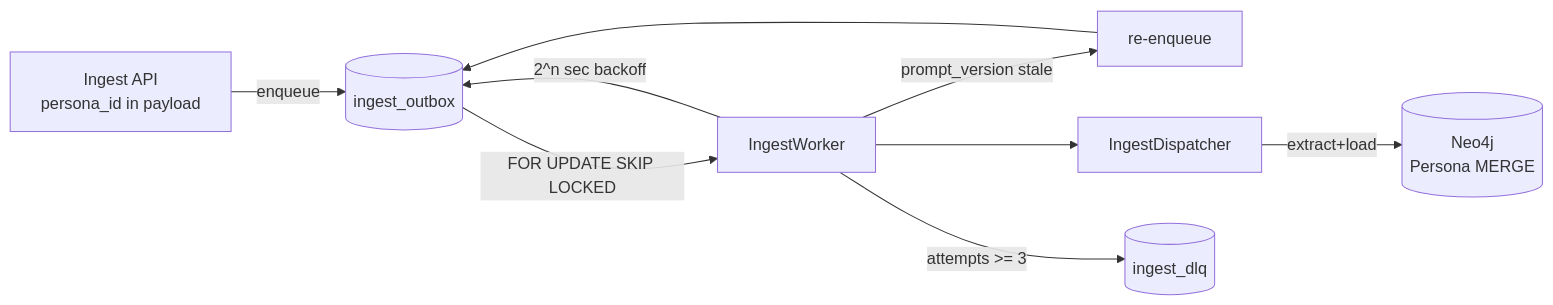
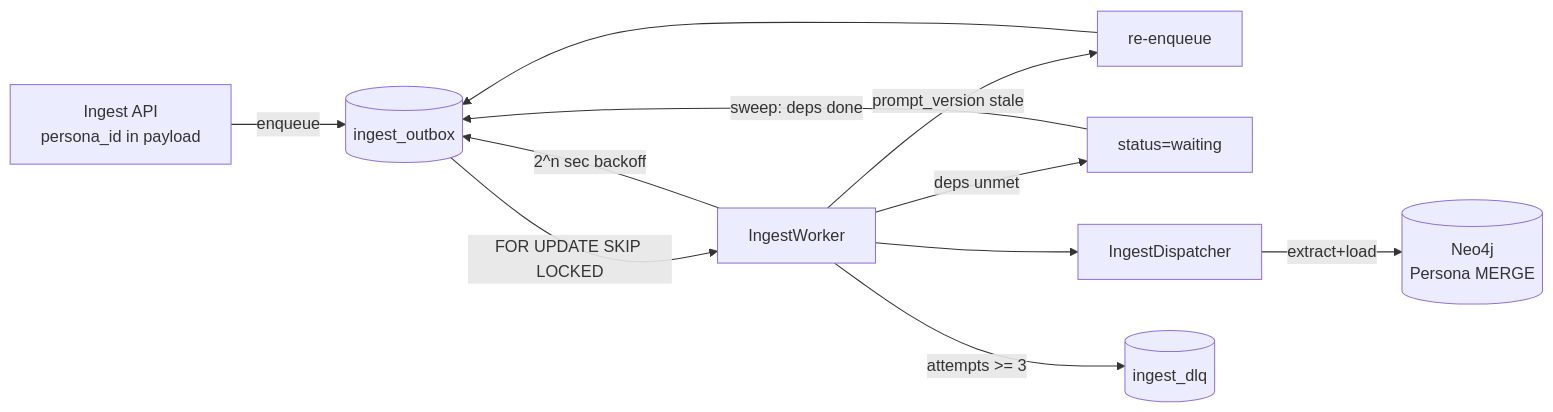
Before and after one commit to kakao4-KAKAMU/KAKAMU_DE: the diagram in docs/outbox_ingest.md, drawn with Mermaid. The commit also changed other lines of this file, not shown here.

First line of the commit message:
update: outbox_ingest 문서에 waiting/의존성/신규 핸들러 반영

````diff
--- a/docs/outbox_ingest.md
+++ b/docs/outbox_ingest.md
@@ -10,11 +10,13 @@
 ```mermaid
 flowchart LR
     API[Ingest API<br/>persona_id in payload] -->|enqueue| Outbox[(ingest_outbox)]
     Outbox -->|FOR UPDATE SKIP LOCKED| Worker[IngestWorker]
     Worker -->|prompt_version stale| ReQ[re-enqueue]
     ReQ --> Outbox
+    Worker -->|deps unmet| Waiting[status=waiting]
+    Waiting -->|sweep: deps done| Outbox
     Worker --> Dispatcher[IngestDispatcher]
     Dispatcher -->|extract+load| Neo4j[(Neo4j<br/>Persona MERGE)]
     Worker -->|attempts >= 3| DLQ[(ingest_dlq)]
     Worker -->|2^n sec backoff| Outbox
 ```
````
